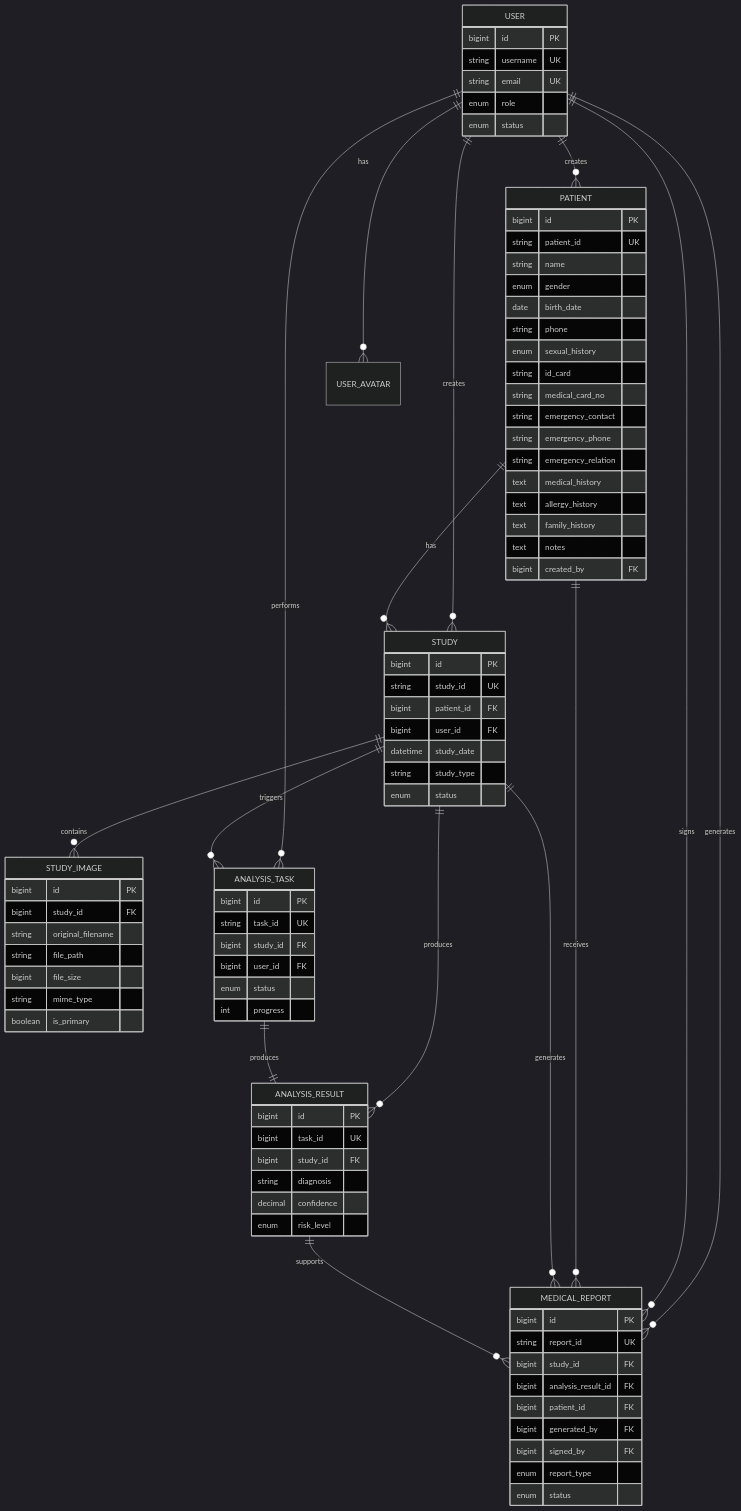
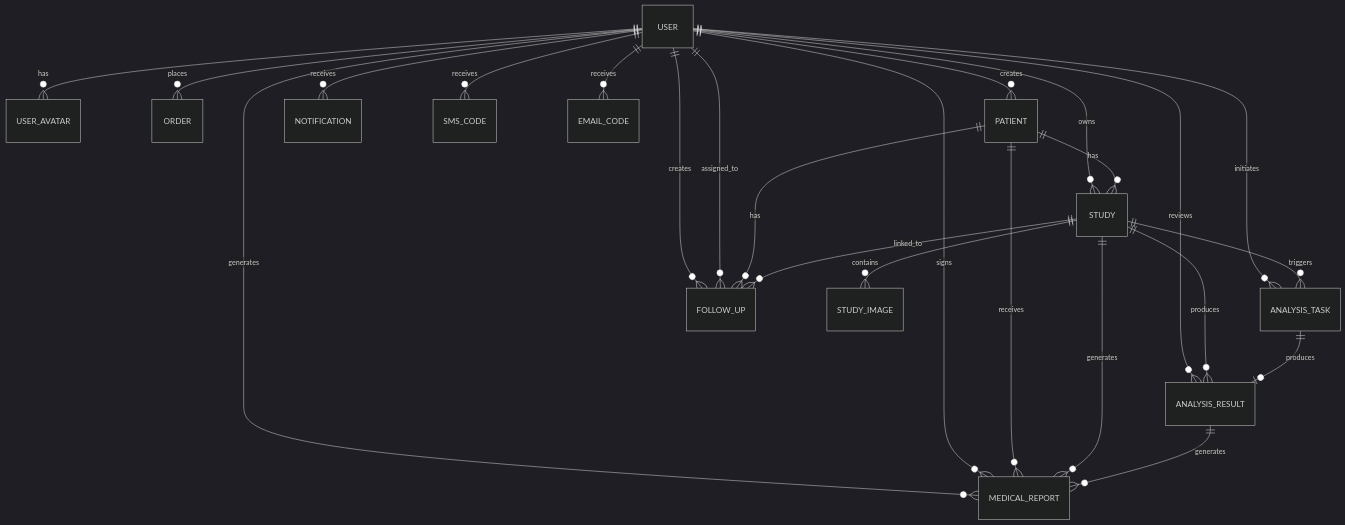
Before and after one commit to xingranya/CervixDetectAI: the diagram in wiki/数据库设计/关系图.md, drawn with Mermaid (dark theme). The commit also changed other lines of this file and 35 other files, not shown here.

First line of the commit message:
docs(readme): 优化并统一项目文档中的流程图与说明

````diff
--- a/wiki/数据库设计/关系图.md
+++ b/wiki/数据库设计/关系图.md
@@ -117,88 +119,29 @@
 ```mermaid
 erDiagram
-    USER {
-        bigint id PK
-        string username UK
-        string email UK
-        enum role
-        enum status
-    }
-    PATIENT {
-        bigint id PK
-        string patient_id UK
-        string name
-        enum gender
-        date birth_date
-        string phone
-        enum sexual_history
-        string id_card
-        string medical_card_no
-        string emergency_contact
-        string emergency_phone
-        string emergency_relation
-        text medical_history
-        text allergy_history
-        text family_history
-        text notes
-        bigint created_by FK
-    }
-    STUDY {
-        bigint id PK
-        string study_id UK
-        bigint patient_id FK
-        bigint user_id FK
-        datetime study_date
-        string study_type
-        enum status
-    }
-    STUDY_IMAGE {
-        bigint id PK
-        bigint study_id FK
-        string original_filename
-        string file_path
-        bigint file_size
-        string mime_type
-        boolean is_primary
-    }
-    ANALYSIS_TASK {
-        bigint id PK
-        string task_id UK
-        bigint study_id FK
-        bigint user_id FK
-        enum status
-        int progress
-    }
-    ANALYSIS_RESULT {
-        bigint id PK
-        bigint task_id UK
-        bigint study_id FK
-        string diagnosis
-        decimal confidence
-        enum risk_level
-    }
-    MEDICAL_REPORT {
-        bigint id PK
-        string report_id UK
-        bigint study_id FK
-        bigint analysis_result_id FK
-        bigint patient_id FK
-        bigint generated_by FK
-        bigint signed_by FK
-        enum report_type
-        enum status
-    }
+    USER ||--o{ USER_AVATAR : "has"
+    USER ||--o{ ORDER : "places"
     USER ||--o{ PATIENT : "creates"
-    USER ||--o{ STUDY : "creates"
-    USER ||--o{ ANALYSIS_TASK : "performs"
+    USER ||--o{ STUDY : "owns"
+    USER ||--o{ ANALYSIS_TASK : "initiates"
+    USER ||--o{ ANALYSIS_RESULT : "reviews"
     USER ||--o{ MEDICAL_REPORT : "generates"
     USER ||--o{ MEDICAL_REPORT : "signs"
-    USER ||--o{ USER_AVATAR : "has"
+    USER ||--o{ FOLLOW_UP : "creates"
+    USER ||--o{ FOLLOW_UP : "assigned_to"
+    USER ||--o{ NOTIFICATION : "receives"
+    USER ||--o{ SMS_CODE : "receives"
+    USER ||--o{ EMAIL_CODE : "receives"
+
     PATIENT ||--o{ STUDY : "has"
     PATIENT ||--o{ MEDICAL_REPORT : "receives"
+    PATIENT ||--o{ FOLLOW_UP : "has"
+
     STUDY ||--o{ STUDY_IMAGE : "contains"
     STUDY ||--o{ ANALYSIS_TASK : "triggers"
     STUDY ||--o{ ANALYSIS_RESULT : "produces"
     STUDY ||--o{ MEDICAL_REPORT : "generates"
-    ANALYSIS_TASK ||--|| ANALYSIS_RESULT : "produces"
-    ANALYSIS_RESULT ||--o{ MEDICAL_REPORT : "supports"
+    STUDY ||--o{ FOLLOW_UP : "linked_to"
+
+    ANALYSIS_TASK ||--o| ANALYSIS_RESULT : "produces"
+    ANALYSIS_RESULT ||--o{ MEDICAL_REPORT : "generates"
 ```
````
